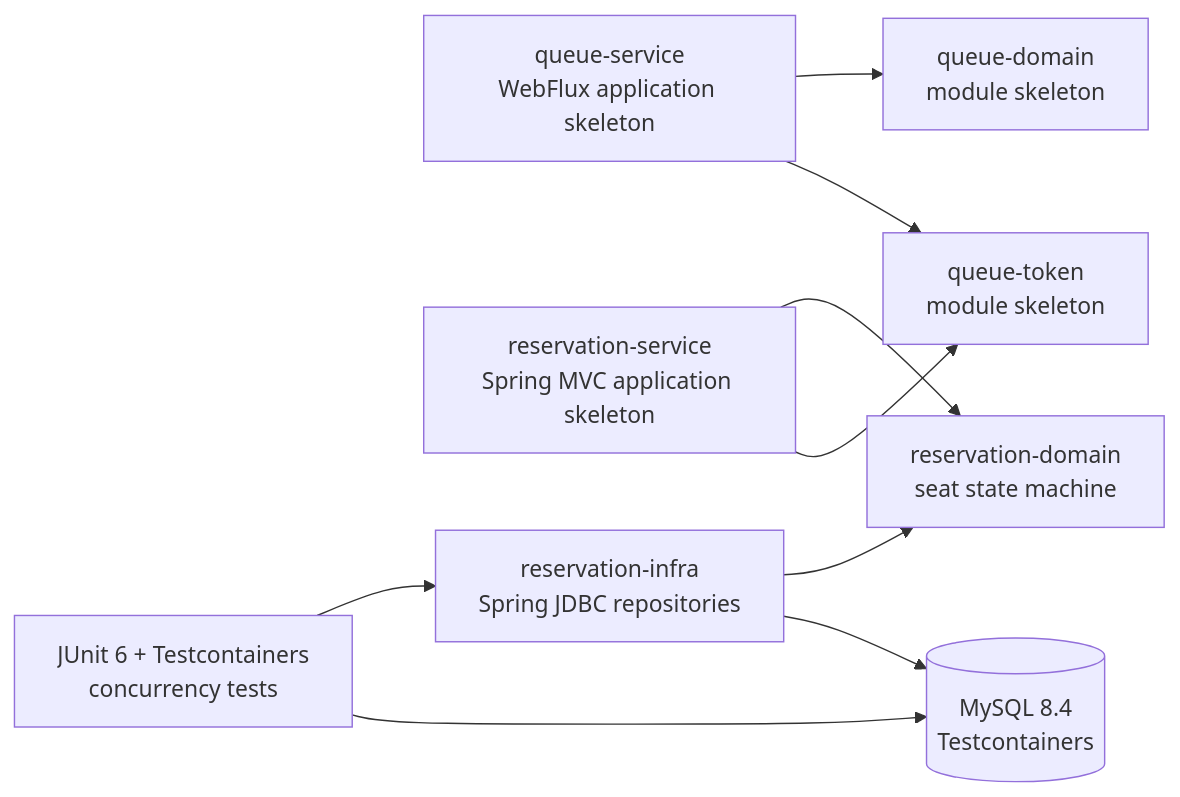
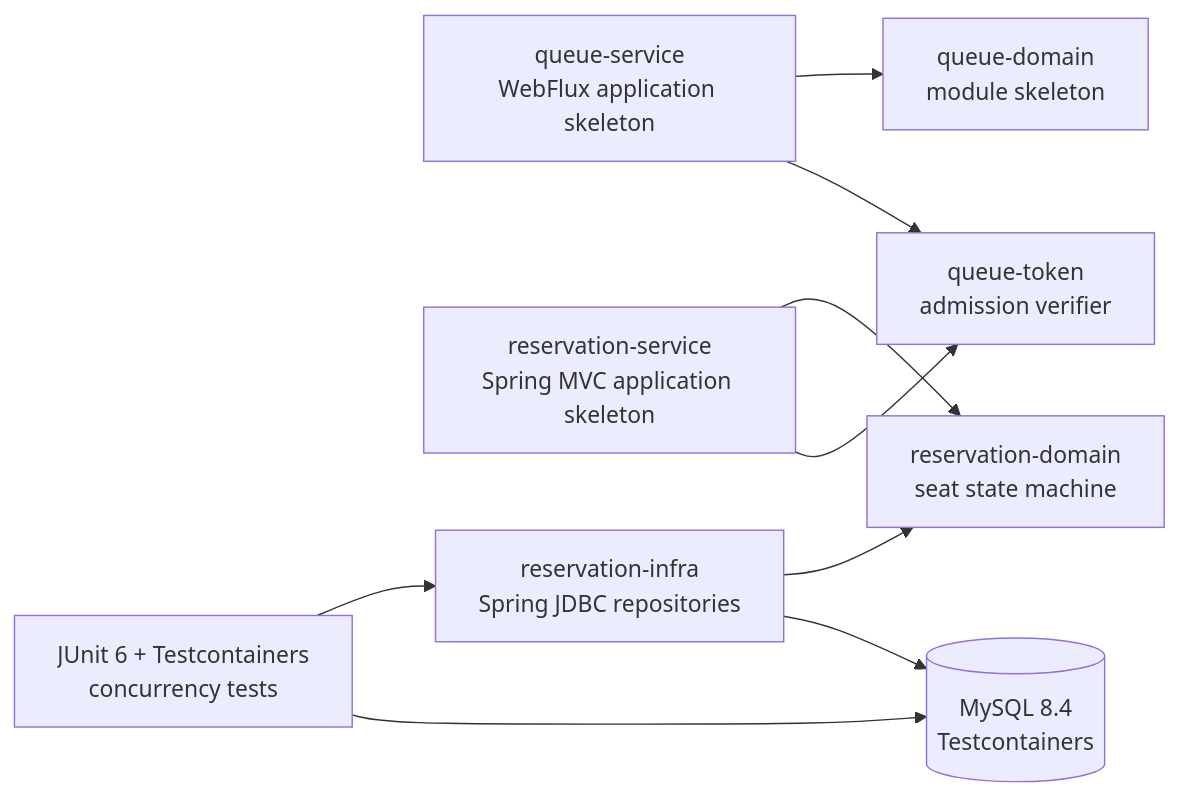
One commit to whdkfhr/rail-gate changed the diagram in README.md. Above: the diagram before and after it, drawn with Mermaid. The commit also changed other lines of this file and 28 other files, not shown here.

````diff
--- a/README.md
+++ b/README.md
@@ -80,20 +80,20 @@
 ```mermaid
 flowchart LR
     QS["queue-service<br/>WebFlux application skeleton"]
     RS["reservation-service<br/>Spring MVC application skeleton"]
     QD["queue-domain<br/>module skeleton"]
-    QT["queue-token<br/>module skeleton"]
+    QT["queue-token<br/>admission verifier"]
     RD["reservation-domain<br/>seat state machine"]
     RI["reservation-infra<br/>Spring JDBC repositories"]
     DB[("MySQL 8.4<br/>Testcontainers")]
     TC["JUnit 6 + Testcontainers<br/>concurrency tests"]
 
     QS --> QD
     QS --> QT
     RS --> RD
     RS --> QT
     RI --> RD
     RI --> DB
     TC --> RI
     TC --> DB
 ```
````
